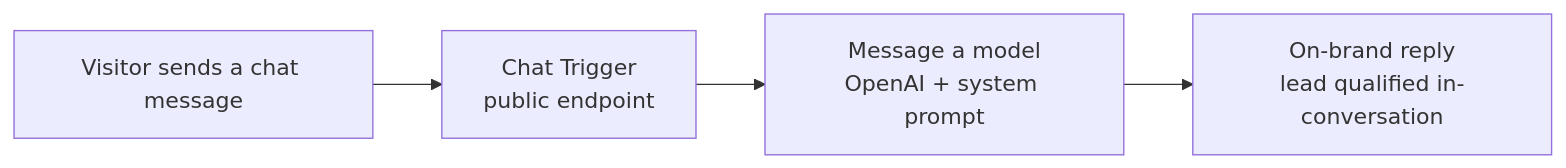
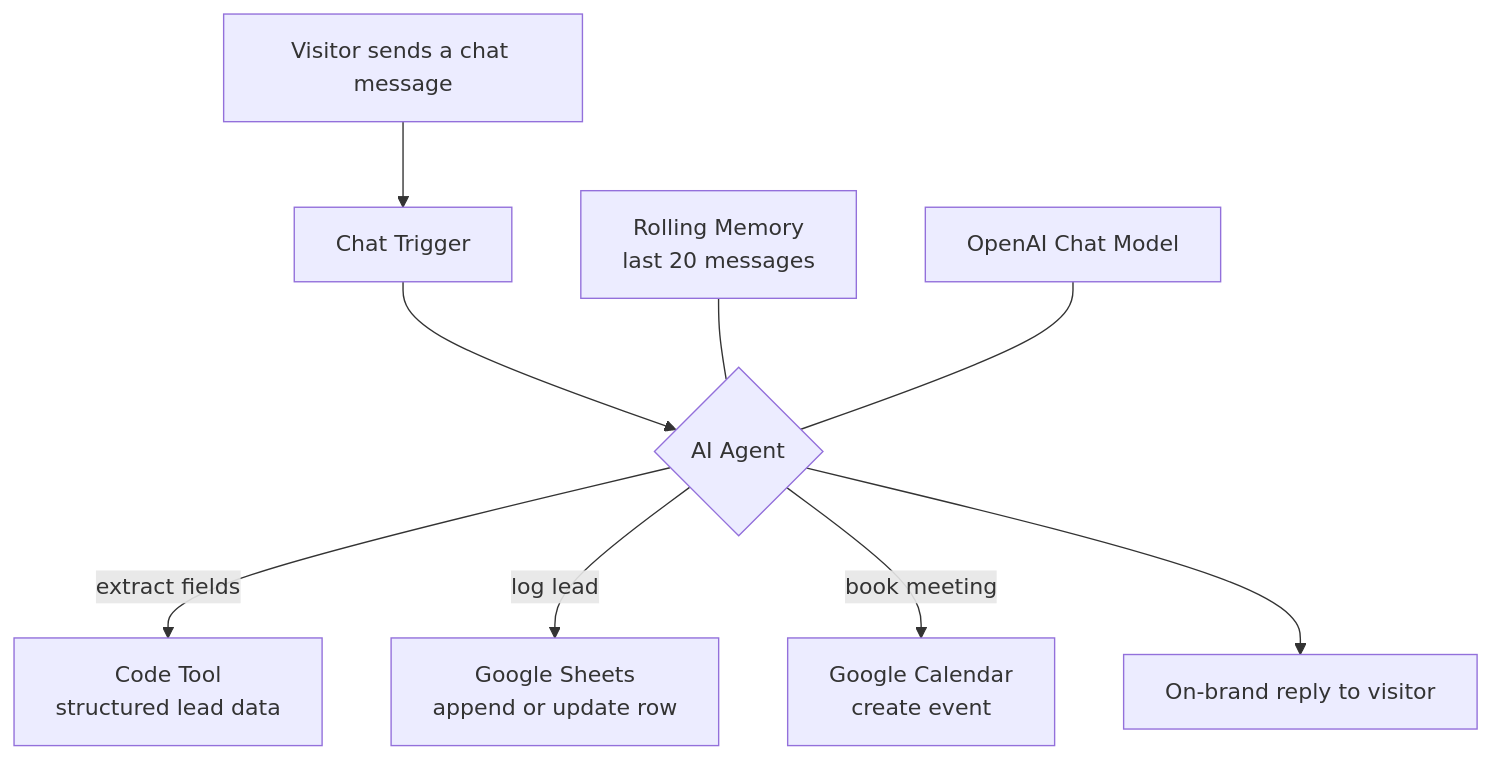
Before and after one commit to buseko-Actuary/n8n-ai-chatbot: the diagram in README.md, drawn with Mermaid. The commit also changed other lines of this file and 1 other file, not shown here.

First line of the commit message:
docs: tell the chatbot-to-agent evolution story with Zambian-business impact

````diff
--- a/README.md
+++ b/README.md
@@ -63,6 +107,11 @@
 ```mermaid
-flowchart LR
-    A[Visitor sends a chat message] --> B[Chat Trigger<br/>public endpoint]
-    B --> C[Message a model<br/>OpenAI + system prompt]
-    C --> D[On-brand reply<br/>lead qualified in-conversation]
+flowchart TD
+    A[Visitor sends a chat message] --> B[Chat Trigger]
+    B --> C{AI Agent}
+    M[Rolling Memory<br/>last 20 messages] --- C
+    L[OpenAI Chat Model] --- C
+    C -->|extract fields| T1[Code Tool<br/>structured lead data]
+    C -->|log lead| T2[Google Sheets<br/>append or update row]
+    C -->|book meeting| T3[Google Calendar<br/>create event]
+    C --> R[On-brand reply to visitor]
 ```
````
